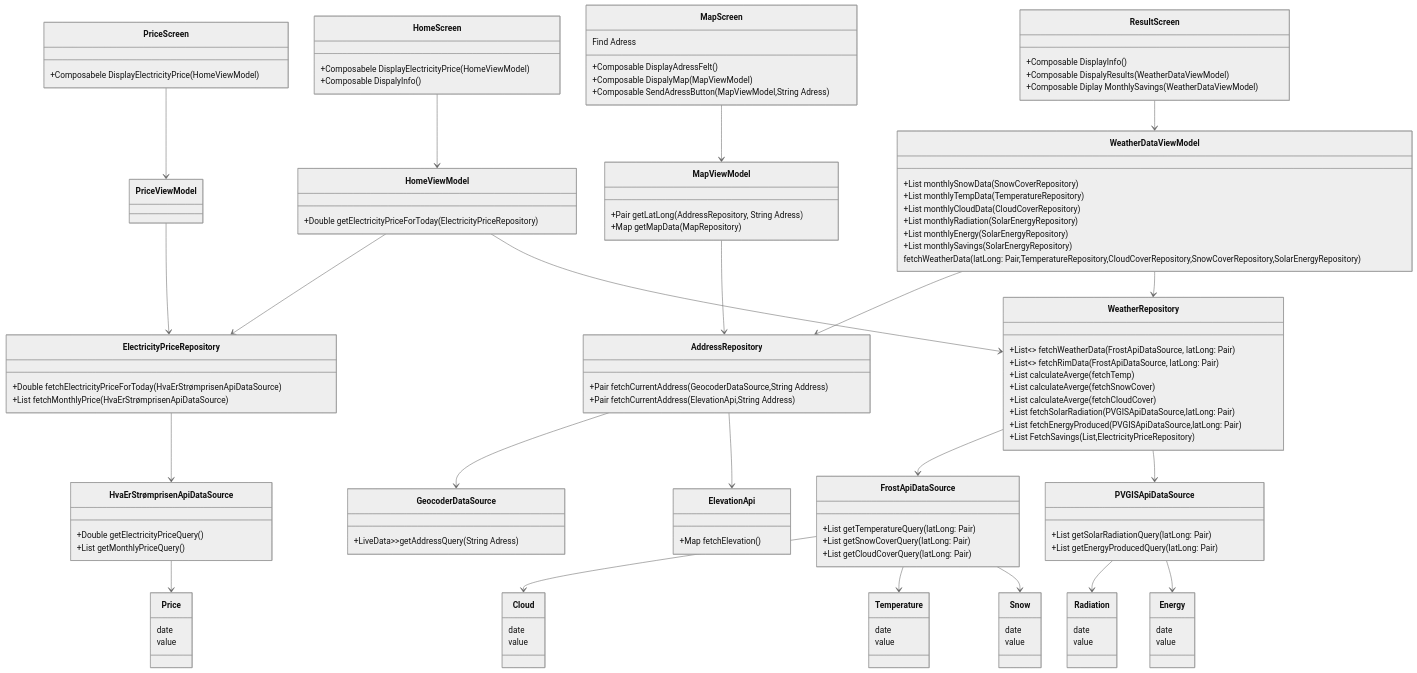
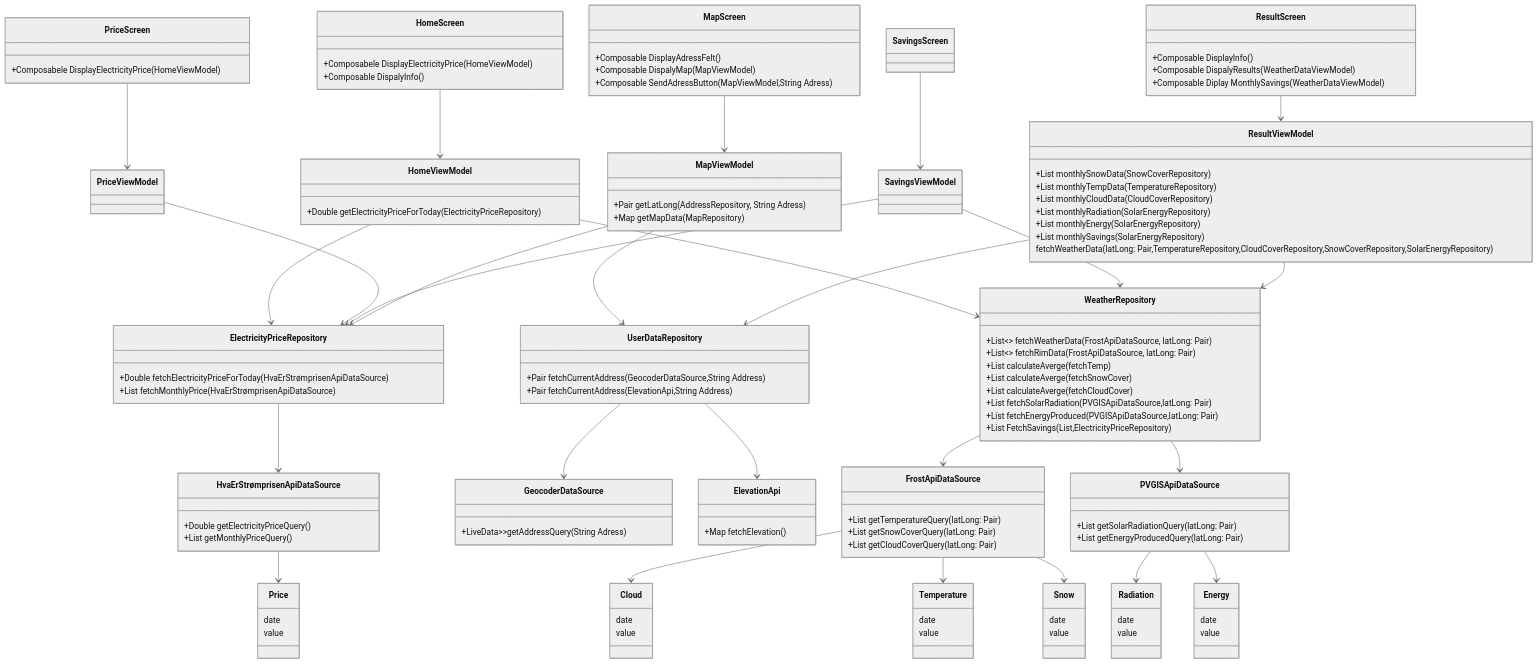
The second of 6 diagrams in Diagrams/MODELING.md (jalya001/Solar-panel-Optimized-Living), drawn with Mermaid (neutral theme) before and after one commit.

````diff
--- a/Diagrams/MODELING.md
+++ b/Diagrams/MODELING.md
@@ -185,4 +185,5 @@
 ```mermaid
+
     classDiagram
     class HomeScreen{
         +Composabele DisplayElectricityPrice(HomeViewModel)
@@ -201,9 +202,15 @@
     class PriceScreen{
         +Composabele DisplayElectricityPrice(HomeViewModel)
     }
+    class SavingsScreen{
+
+    }
     %% ViewModels
    class HomeViewModel {
         +Double getElectricityPriceForToday(ElectricityPriceRepository)
+        
+    }
+    class SavingsViewModel{
         
     }
     class PriceViewModel {
@@ -215,7 +222,7 @@
         +Map getMapData(MapRepository)
     }
 
-    class WeatherDataViewModel {
+    class ResultViewModel {
 
         +List<AvergeMonthlySnowCover> monthlySnowData(SnowCoverRepository)
         +List<AvergeMonthlyTemperatures> monthlyTempData(TemperatureRepository)
@@ -236,7 +243,7 @@
         +List<MonthlyPrice> fetchMonthlyPrice(HvaErStrømprisenApiDataSource)
     }
 
-    class AddressRepository {
+    class UserDataRepository {
         +Pair<Double, Double> fetchCurrentAddress(GeocoderDataSource,String Address)
         +Pair<Double, Double> fetchCurrentAddress(ElevationApi,String Address)
     }
@@ -312,7 +319,7 @@
     %% Relationships
     
     HomeScreen --> HomeViewModel
-    ResultScreen --> WeatherDataViewModel
+    ResultScreen --> ResultViewModel
     MapScreen --> MapViewModel
     HomeViewModel --> ElectricityPriceRepository
     HomeViewModel --> WeatherRepository
@@ -322,12 +329,17 @@
     ElectricityPriceRepository --> HvaErStrømprisenApiDataSource
     HvaErStrømprisenApiDataSource --> Price
 
-    MapViewModel --> AddressRepository
-    AddressRepository --> GeocoderDataSource
-    AddressRepository --> ElevationApi
+    SavingsScreen --> SavingsViewModel
+    SavingsViewModel --> WeatherRepository
+    SavingsViewModel --> ElectricityPriceRepository
+
+    MapViewModel --> UserDataRepository
+    MapViewModel --> ElectricityPriceRepository
+    UserDataRepository --> GeocoderDataSource
+    UserDataRepository --> ElevationApi
     
-    WeatherDataViewModel --> AddressRepository
-    WeatherDataViewModel --> WeatherRepository
+    ResultViewModel --> UserDataRepository
+    ResultViewModel --> WeatherRepository
 
     WeatherRepository --> FrostApiDataSource
 
@@ -340,40 +352,4 @@
     PVGISApiDataSource --> Radiation
     PVGISApiDataSource --> Energy
 
-    
-
-MapScreen: Find Adress
-```mermaid
-    sequenceDiagram
-
-    actor User
-    participant HomeScreen
-    participant MapScreen
-    participant MapViewModel
-    participant AddressRepository
-    participant AddressDataSource
-
-    User ->> HomeScreen: Click MapScreen button
-    HomeScreen ->> MapScreen: Open MapScreen
-    MapScreen ->> User: DiplayMap 
-
-    User ->> MapScreen : Input Adress
-    alt sucsess
-        MapScreen ->> MapViewModel: Request Location Data
-        MapViewModel ->> AddressRepository: Fetch Adress Coordinates
-        AddressRepository ->> AddressDataSource: Call Api
-        AddressDataSource -->> AddressRepository: Return Reponse
-        AddressRepository -->> MapViewModel: Return Processed Coordinates
-        MapViewModel -->> MapScreen : Send Adress Coordinates
-        
-    else fail 
-        MapScreen ->> MapViewModel: Request Location Data
-        MapViewModel ->> AddressRepository: Fetch Adress Coordinates
-        AddressRepository ->> AddressDataSource: Call Api
-        AddressDataSource -->> AddressRepository: Return Error
-        AddressRepository -->> MapViewModel: Return Error
-        MapViewModel -->> MapScreen : Return Error Message
-        MapScreen ->> User: Display Error Message
-
-    end
-```
+ ```
````
